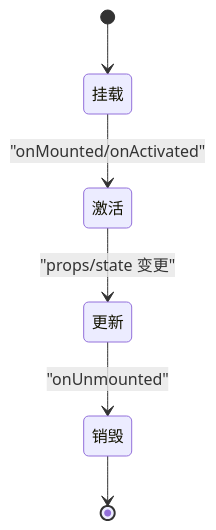
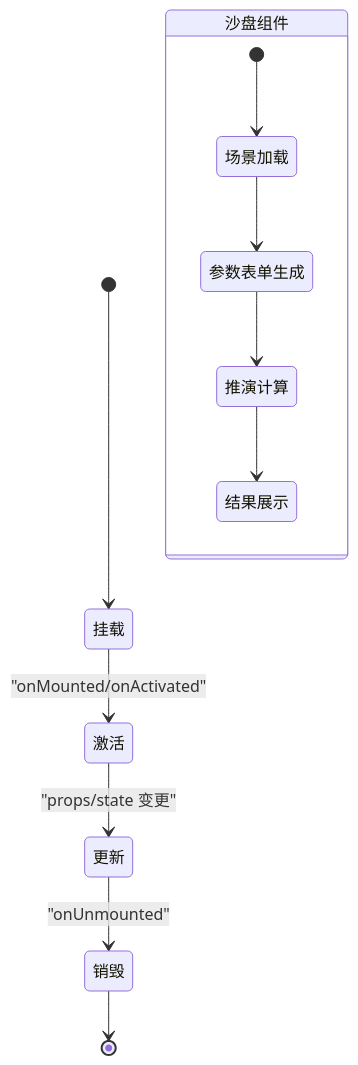
Before and after one commit to xiao-lin-unit/yuan: the eighth of 9 diagrams in .qoder/repowiki/zh/content/架构设计/组件通信机制.md, drawn with Mermaid. The commit also changed other lines of this file and 24 other files, not shown here.

````diff
--- a/.qoder/repowiki/zh/content/架构设计/组件通信机制.md
+++ b/.qoder/repowiki/zh/content/架构设计/组件通信机制.md
@@ -369,8 +451,14 @@
 ```mermaid
 stateDiagram-v2
 [*] --> 挂载
 挂载 --> 激活 : "onMounted/onActivated"
 激活 --> 更新 : "props/state 变更"
 更新 --> 销毁 : "onUnmounted"
 销毁 --> [*]
+state "沙盘组件" as sandbox {
+[*] --> 场景加载
+场景加载 --> 参数表单生成
+参数表单生成 --> 推演计算
+推演计算 --> 结果展示
+}
 ```
````
